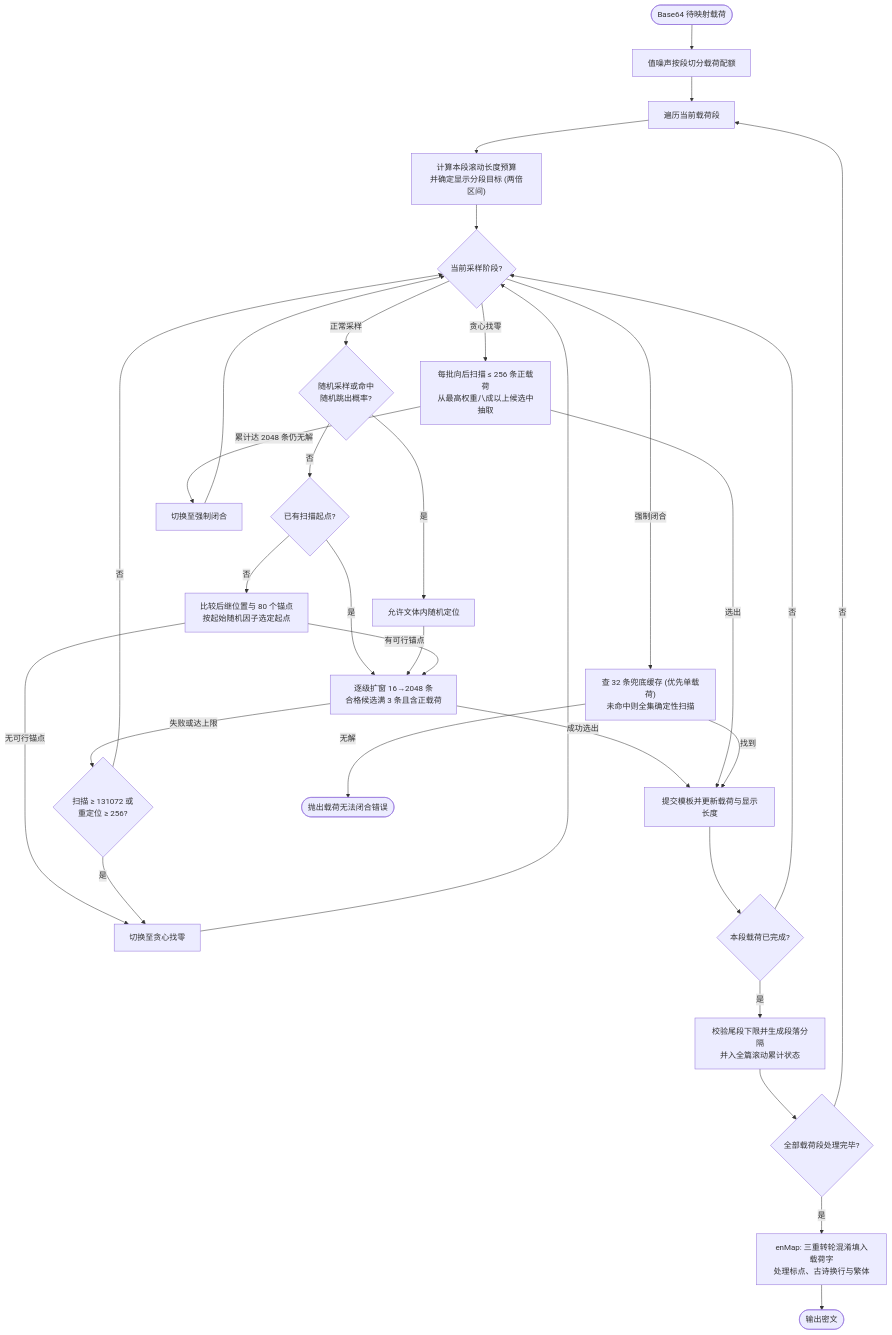
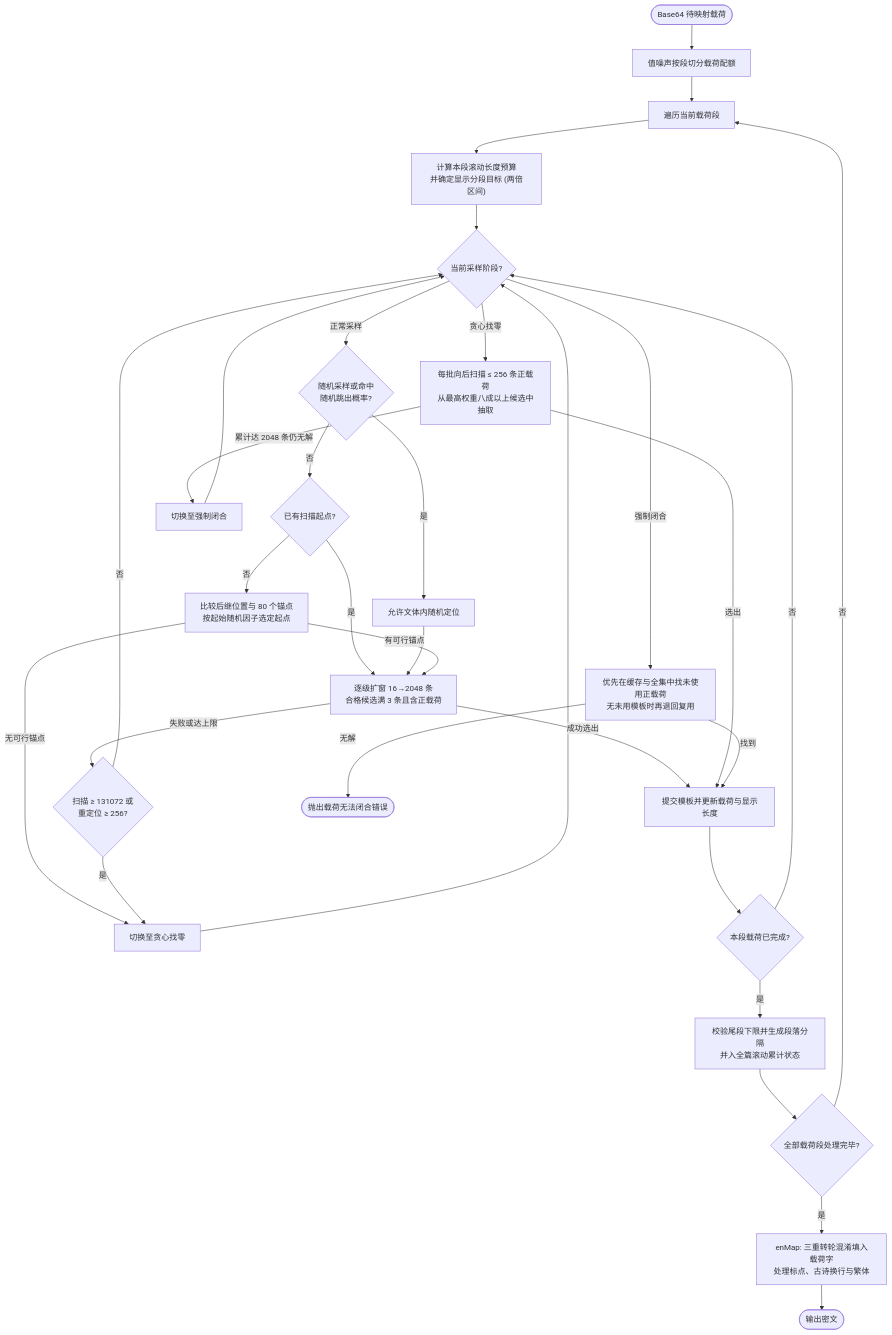
One commit to SheepChef/Abracadabra changed the first of 2 diagrams in docs/document/dilution.md. Above: the diagram before and after it, drawn with Mermaid. The commit also changed other lines of this file, not shown here.

````diff
--- a/docs/document/dilution.md
+++ b/docs/document/dilution.md
@@ -201,39 +201,39 @@
 ```mermaid
 flowchart TD
     Start([Base64 待映射载荷]) --> Slice[值噪声按段切分载荷配额]
     Slice --> SegLoop[遍历当前载荷段]
     SegLoop --> Budget["计算本段滚动长度预算<br/>并确定显示分段目标 (两倍区间)"]
     Budget --> PhaseCheck{当前采样阶段?}
 
     PhaseCheck -->|正常采样| ModeCheck{"随机采样或命中<br/>随机跳出概率?"}
     ModeCheck -- 是 --> RandPos[允许文体内随机定位]
     ModeCheck -- 否 --> NeedAnchor{已有扫描起点?}
     NeedAnchor -- 否 --> Anchor["比较后继位置与 80 个锚点<br/>按起始随机因子选定起点"]
     NeedAnchor -- 是 --> Expand
     RandPos --> Expand
     Anchor -->|有可行锚点| Expand["逐级扩窗 16→2048 条<br/>合格候选满 3 条且含正载荷"]
     Anchor -->|无可行锚点| ToGreedy[切换至贪心找零]
 
     Expand -->|成功选出| Commit
     Expand -->|失败或达上限| JumpLimit{"扫描 ≥ 131072 或<br/>重定位 ≥ 256?"}
     JumpLimit -- 否 --> PhaseCheck
     JumpLimit -- 是 --> ToGreedy
 
     PhaseCheck -->|贪心找零| GreedyScan["每批向后扫描 ≤ 256 条正载荷<br/>从最高权重八成以上候选中抽取"]
     GreedyScan -->|选出| Commit
     GreedyScan -->|累计达 2048 条仍无解| ToForced[切换至强制闭合]
     ToGreedy --> PhaseCheck
     ToForced --> PhaseCheck
 
-    PhaseCheck -->|强制闭合| ForcedPick["查 32 条兜底缓存 (优先单载荷)<br/>未命中则全集确定性扫描"]
+    PhaseCheck -->|强制闭合| ForcedPick["优先在缓存与全集中找未使用正载荷<br/>无未用模板时再退回复用"]
     ForcedPick -->|找到| Commit[提交模板并更新载荷与显示长度]
     ForcedPick -->|无解| Err([抛出载荷无法闭合错误])
 
     Commit --> SegDone{本段载荷已完成?}
     SegDone -- 否 --> PhaseCheck
     SegDone -- 是 --> DisplayBreak["校验尾段下限并生成段落分隔<br/>并入全篇滚动累计状态"]
     DisplayBreak --> AllDone{全部载荷段处理完毕?}
     AllDone -- 否 --> SegLoop
     AllDone -- 是 --> EnMap["enMap: 三重转轮混淆填入载荷字<br/>处理标点、古诗换行与繁体"]
     EnMap --> Finish([输出密文])
 ```
````
